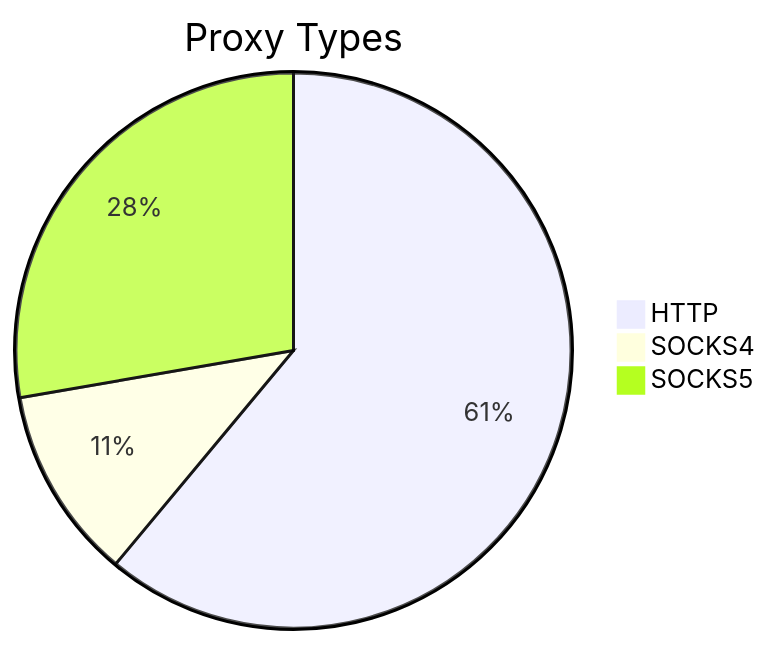
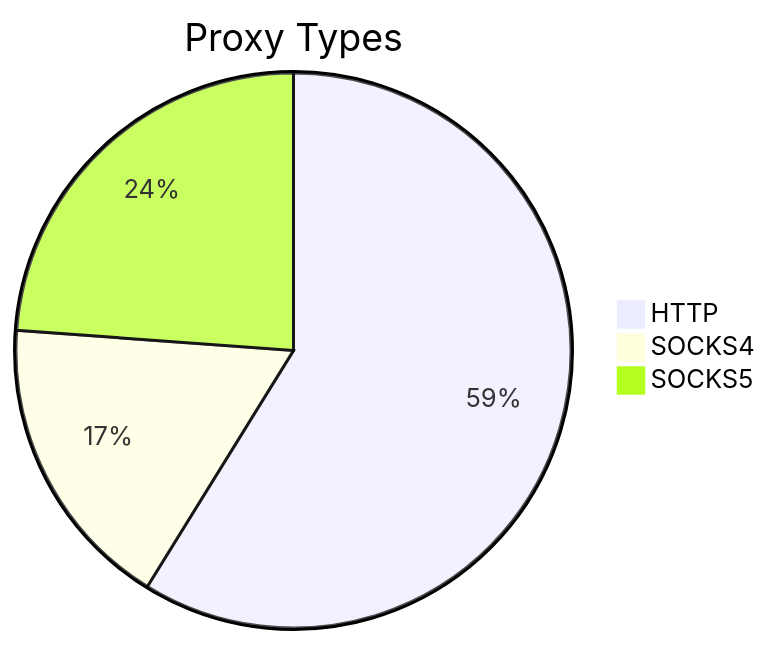
One commit to stormsia/proxy-list changed the first of 2 diagrams in README.md. Above: the diagram before and after it, drawn with Mermaid. The commit also changed other lines of this file, not shown here.

````diff
--- a/README.md
+++ b/README.md
@@ -21,6 +21,6 @@
 ```mermaid
 pie title Proxy Types
-    "HTTP" : 174
-    "SOCKS4" : 32
-    "SOCKS5" : 79
+    "HTTP" : 190
+    "SOCKS4" : 56
+    "SOCKS5" : 77
 ```
````
